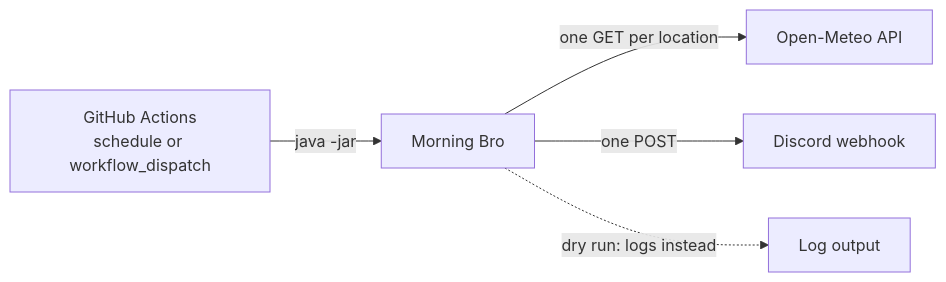
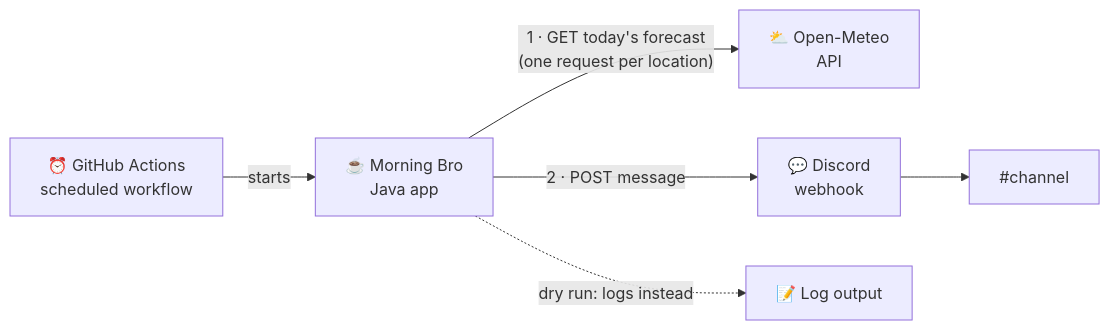
Before and after one commit to lefpap/morning-bro: the diagram in docs/architecture.md, drawn with Mermaid. The commit also changed other lines of this file, not shown here.

Commit message:
docs(#07): simplify architecture diagrams

````diff
--- a/docs/architecture.md
+++ b/docs/architecture.md
@@ -9,7 +9,8 @@
 ```mermaid
 flowchart LR
-    GHA["GitHub Actions<br/>schedule or workflow_dispatch"] -->|"java -jar"| MB["Morning Bro"]
-    MB -->|"one GET per location"| OM["Open-Meteo API"]
-    MB -->|"one POST"| DC["Discord webhook"]
-    MB -.->|"dry run: logs instead"| LOG["Log output"]
+    GHA["⏰ GitHub Actions<br/>scheduled workflow"] -->|starts| MB["☕ Morning Bro<br/>Java app"]
+    MB -->|"1 · GET today's forecast<br/>(one request per location)"| OM["⛅ Open-Meteo<br/>API"]
+    MB -->|"2 · POST message"| DC["💬 Discord<br/>webhook"]
+    DC --> CH["#channel"]
+    MB -.->|"dry run: logs instead"| LOG["📝 Log output"]
 ```
````
